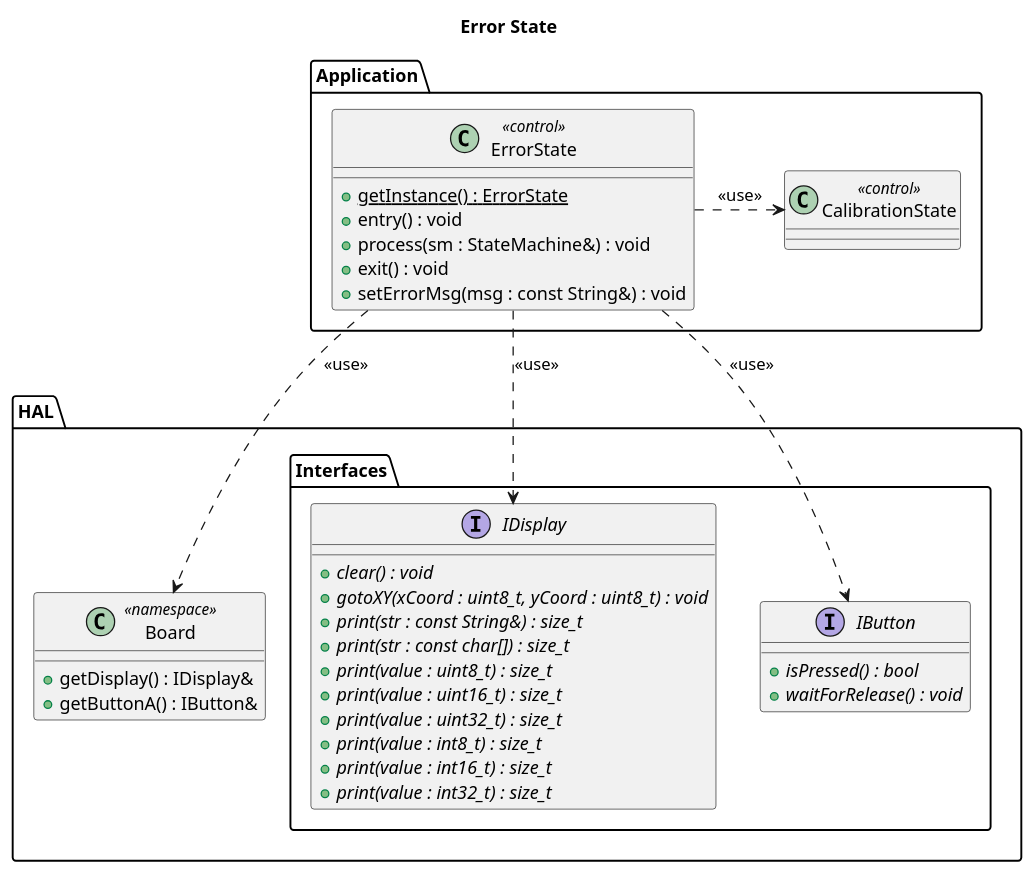
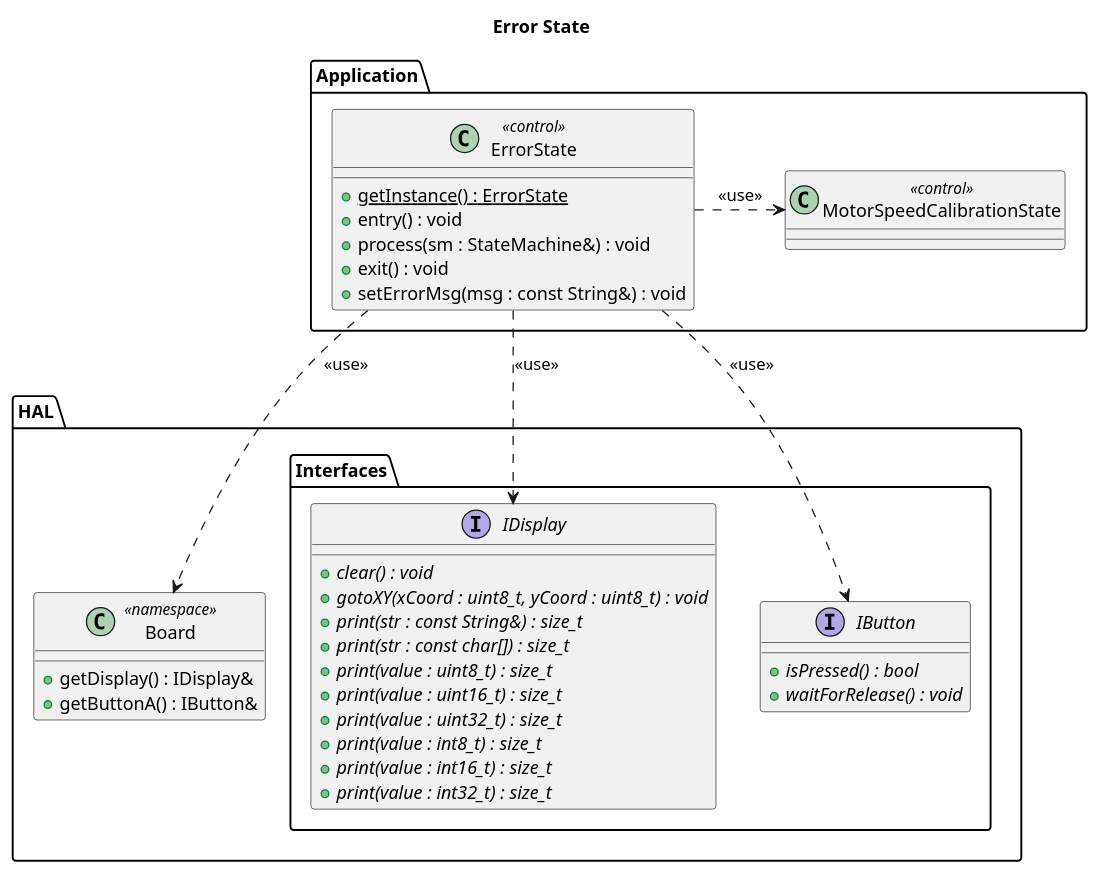
The diagram in doc/architecture/uml/LogicalView/ErrorState.plantuml (BlueAndi/RadonUlzer), drawn with PlantUML before and after one commit. The commit also changed 13 other files, not shown here.

Commit message:
In the MotorSpeedCalibrationState the max. motor speed is determined in [steps/s]. This is necessary for the differential drive, which uses two PID controllers to control driving. The differential drive control system can be commanded by linear speed in [steps/s] and angular speed in [mrad/s].

```diff
--- a/doc/architecture/uml/LogicalView/ErrorState.plantuml
+++ b/doc/architecture/uml/LogicalView/ErrorState.plantuml
@@ -1,52 +1,52 @@
 @startuml
 
 title Error State
 
 package "Application" as appLayer {
 
     class ErrorState <<control>> {
         + {static} getInstance() : ErrorState
         + entry() : void
         + process(sm : StateMachine&) : void
         + exit() : void
         + setErrorMsg(msg : const String&) : void
     }
 
-    class CalibrationState <<control>>
+    class MotorSpeedCalibrationState <<control>>
 
-    ErrorState .r.> CalibrationState: <<use>>
+    ErrorState .r.> MotorSpeedCalibrationState: <<use>>
 }
 
 package "HAL" as hal {
 
     package "Interfaces" as halInterfaces {
         interface IDisplay {
             + {abstract} clear() : void
             + {abstract} gotoXY(xCoord : uint8_t, yCoord : uint8_t) : void
             + {abstract} print(str : const String&) : size_t
             + {abstract} print(str : const char[]) : size_t
             + {abstract} print(value : uint8_t) : size_t
             + {abstract} print(value : uint16_t) : size_t
             + {abstract} print(value : uint32_t) : size_t
             + {abstract} print(value : int8_t) : size_t
             + {abstract} print(value : int16_t) : size_t
             + {abstract} print(value : int32_t) : size_t
         }
 
         interface IButton {
             + {abstract} isPressed() : bool
             + {abstract} waitForRelease() : void
         }
     }
 
     class Board << namespace >> {
         + getDisplay() : IDisplay&
         + getButtonA() : IButton&
     }
 }
 
 ErrorState ..> Board: <<use>>
 ErrorState ..> IDisplay: <<use>>
 ErrorState ..> IButton: <<use>>
 
 @enduml
```
